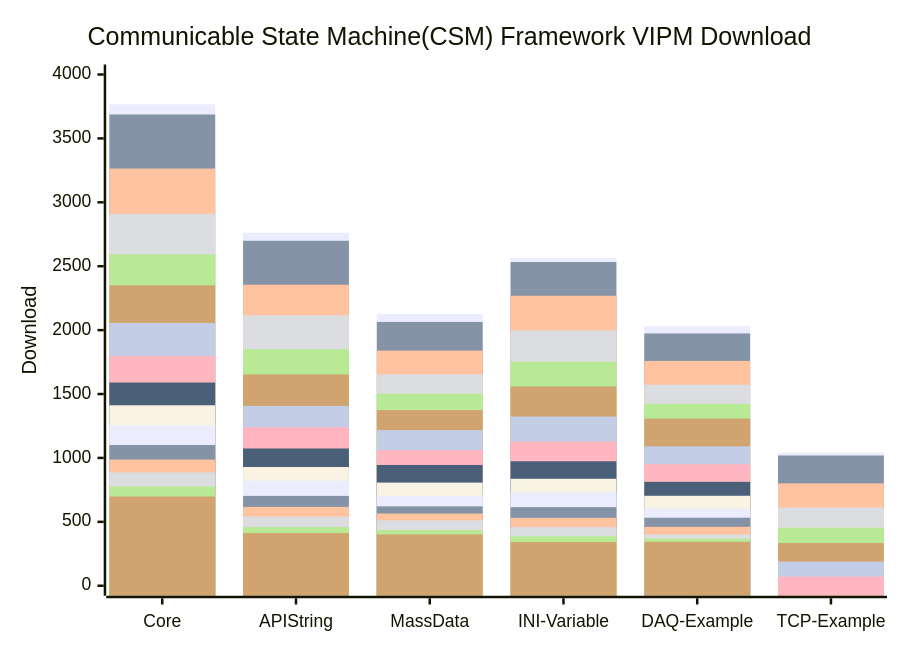
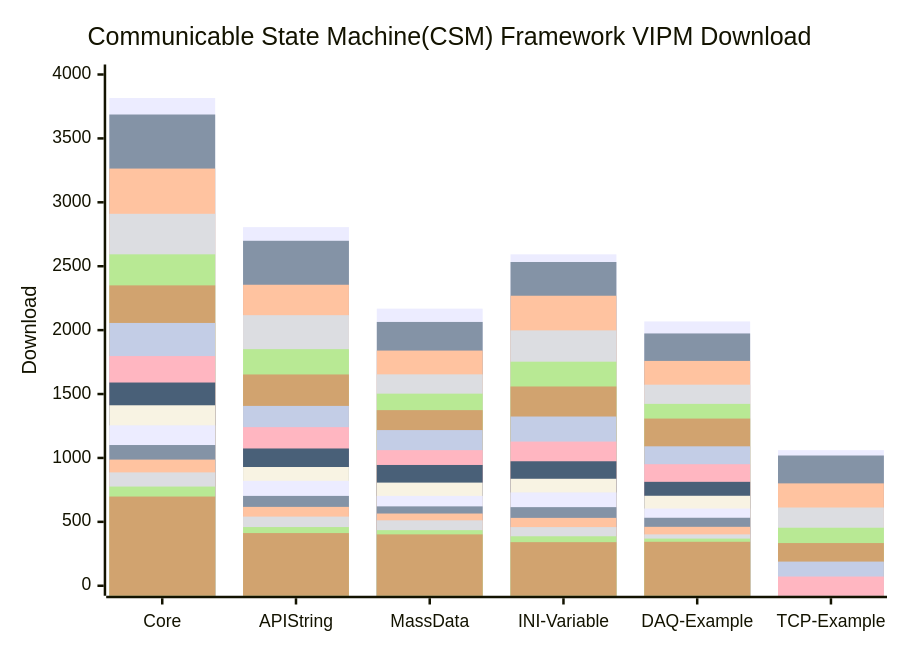
Before and after one commit to NEVSTOP-LAB/.github: the diagram in profile/README.md, drawn with Mermaid.

````diff
--- a/profile/README.md
+++ b/profile/README.md
@@ -31,22 +31,22 @@
 ```mermaid
     xychart-beta
     title "Communicable State Machine(CSM) Framework VIPM Download"
     x-axis [Core, API String, MassData, INI-Variable, DAQ-Example, TCP-Example]
     y-axis "Download" 0 --> 4000
-    bar   [3767, 2762, 2126, 2564, 2030, 1041]
+    bar   [3816, 2806, 2168, 2593, 2068, 1061]
     bar   [3687, 2699, 2064, 2533, 1974, 1019]
     bar   [3264, 2355, 1840, 2269, 1759, 801]
     bar   [2910, 2117, 1654, 1998, 1573, 612]
     bar   [2593, 1851, 1503, 1753, 1423, 454]
     bar   [2350, 1653, 1374, 1559, 1308, 334]
     bar   [2056, 1407, 1218, 1324, 1091, 189]
     bar   [1797, 1241, 1061, 1128, 951, 72]
     bar   [1590, 1074, 945, 974, 813]
     bar   [1412, 929, 807, 837, 704]
     bar   [1255, 821, 703, 730, 604]
     bar   [1101, 703, 621, 615, 532]
     bar   [987, 617, 565, 531, 461]
     bar   [887, 541, 512, 459, 402]
     bar   [776, 459, 435, 387, 369]
     bar   [698, 412, 402, 341, 344]
 ```
````
